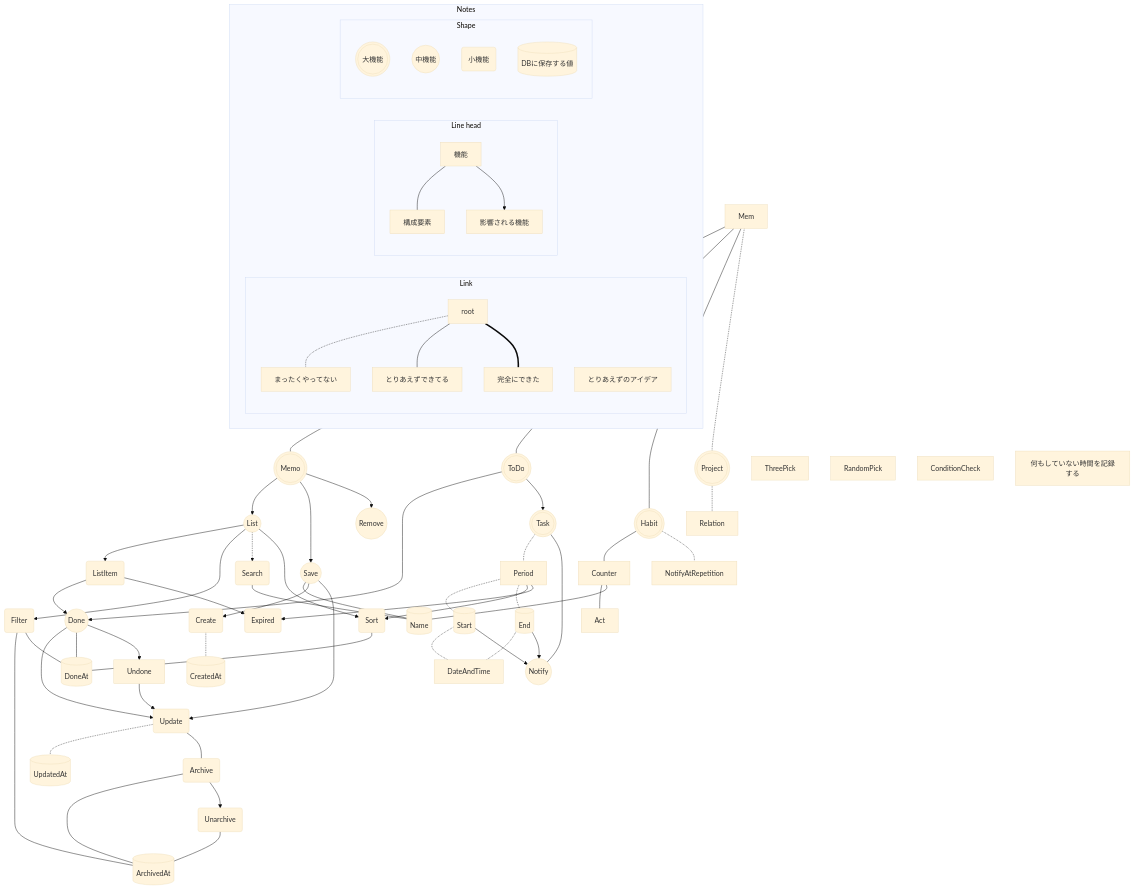
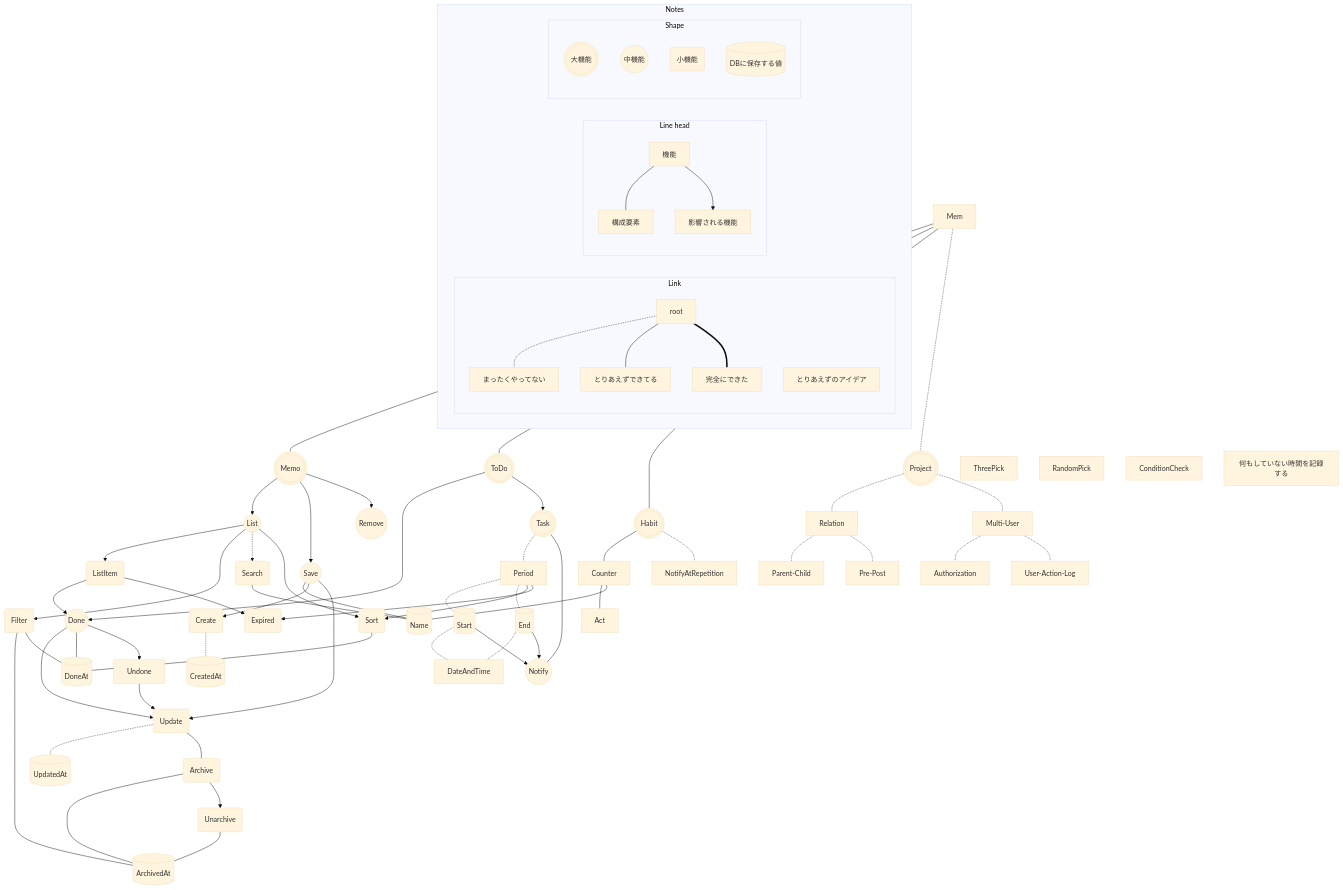
One commit to zin-/mem changed the diagram in docs/load_map.md. Above: the diagram before and after it, drawn with Mermaid (base theme).

Commit message:
copy from wiki
wip mem-62 Date time Period picker

```diff
--- a/docs/load_map.md
+++ b/docs/load_map.md
@@ -59,6 +59,11 @@
     Mem -.- Project(((Project)))
 
     Project -.- Relation
+    Relation -.- Parent-Child
+    Relation -.- Pre-Post
+    Project -.- Multi-User
+    Multi-User -.- Authorization
+    Multi-User -.- User-Action-Log
 
     Mem ~~~ ThreePick
     Mem ~~~ RandomPick
```
